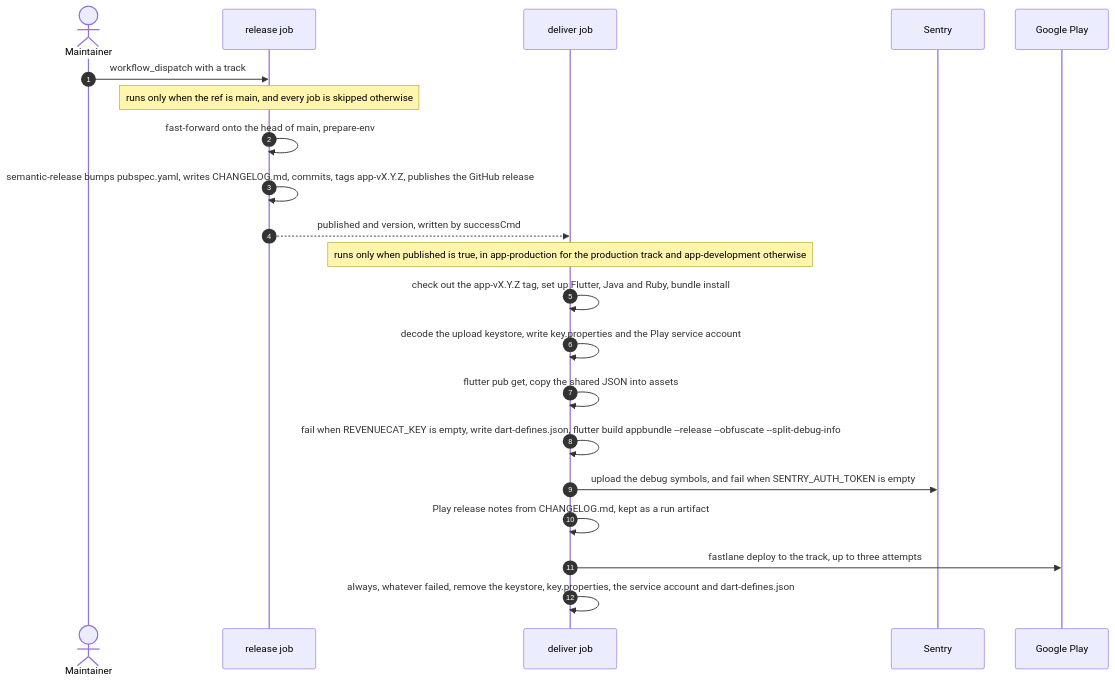
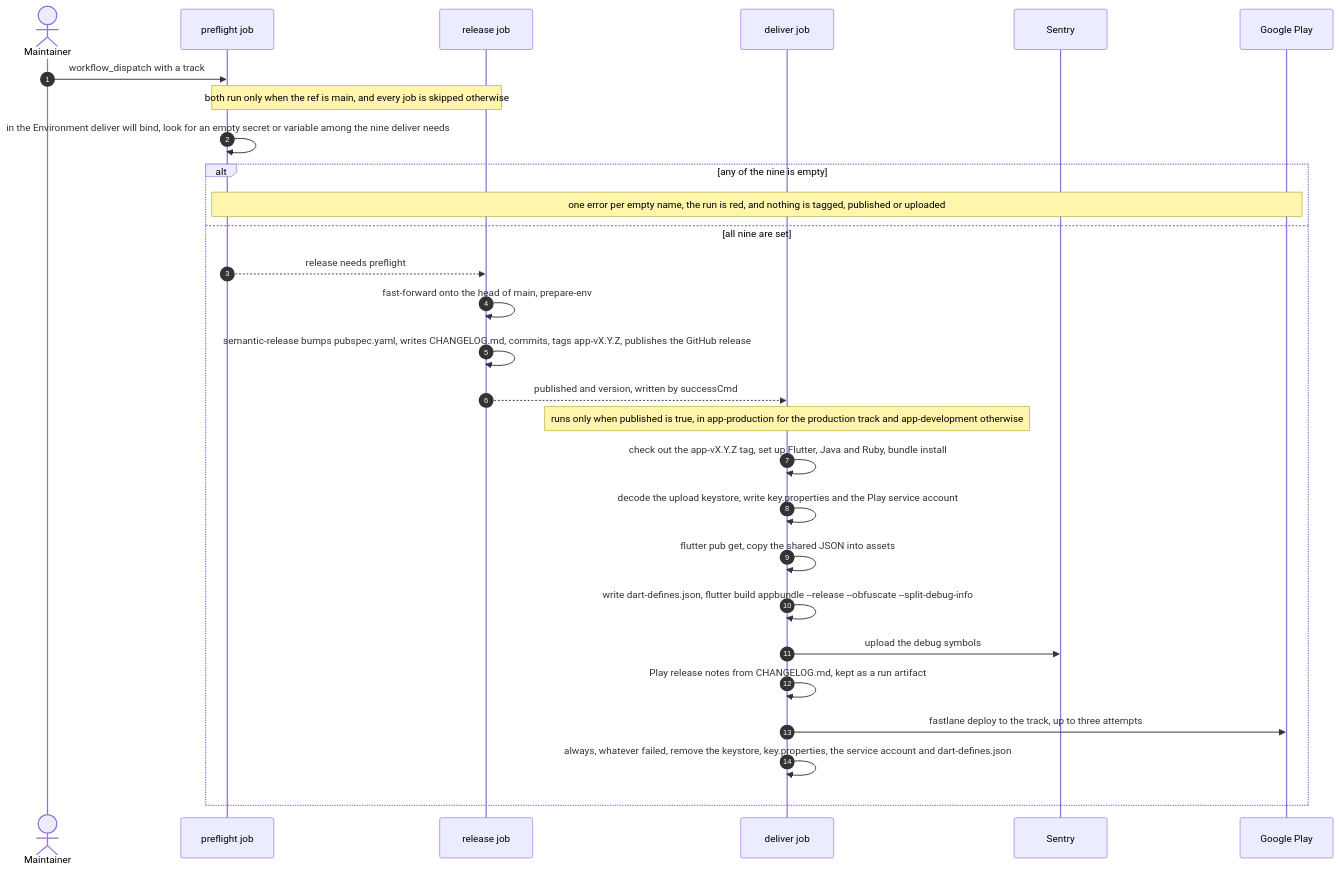
One commit to fbuireu/contribKit changed the third of 4 diagrams in docs/wiki/CI-CD.md. Above: the diagram before and after it, drawn with Mermaid. The commit also changed other lines of this file and 4 other files, not shown here.

````diff
--- a/docs/wiki/CI-CD.md
+++ b/docs/wiki/CI-CD.md
@@ -238,28 +238,35 @@
 ```mermaid
 ---
 config:
   look: handDrawn
   layout: dagre
 ---
 sequenceDiagram
     autonumber
     actor Maintainer
+    participant Preflight as preflight job
     participant Release as release job
     participant Deliver as deliver job
     participant Sentry
     participant Play as Google Play
-    Maintainer->>Release: workflow_dispatch with a track
-    Note over Release: runs only when the ref is main, and every job is skipped otherwise
-    Release->>Release: fast-forward onto the head of main, prepare-env
-    Release->>Release: semantic-release bumps pubspec.yaml, writes CHANGELOG.md, commits, tags app-vX.Y.Z, publishes the GitHub release
-    Release-->>Deliver: published and version, written by successCmd
-    Note over Deliver: runs only when published is true, in app-production for the production track and app-development otherwise
-    Deliver->>Deliver: check out the app-vX.Y.Z tag, set up Flutter, Java and Ruby, bundle install
-    Deliver->>Deliver: decode the upload keystore, write key.properties and the Play service account
-    Deliver->>Deliver: flutter pub get, copy the shared JSON into assets
-    Deliver->>Deliver: fail when REVENUECAT_KEY is empty, write dart-defines.json, flutter build appbundle --release --obfuscate --split-debug-info
-    Deliver->>Sentry: upload the debug symbols, and fail when SENTRY_AUTH_TOKEN is empty
-    Deliver->>Deliver: Play release notes from CHANGELOG.md, kept as a run artifact
-    Deliver->>Play: fastlane deploy to the track, up to three attempts
-    Deliver->>Deliver: always, whatever failed, remove the keystore, key.properties, the service account and dart-defines.json
+    Maintainer->>Preflight: workflow_dispatch with a track
+    Note over Preflight,Release: both run only when the ref is main, and every job is skipped otherwise
+    Preflight->>Preflight: in the Environment deliver will bind, look for an empty secret or variable among the nine deliver needs
+    alt any of the nine is empty
+        Note over Preflight,Play: one error per empty name, the run is red, and nothing is tagged, published or uploaded
+    else all nine are set
+        Preflight-->>Release: release needs preflight
+        Release->>Release: fast-forward onto the head of main, prepare-env
+        Release->>Release: semantic-release bumps pubspec.yaml, writes CHANGELOG.md, commits, tags app-vX.Y.Z, publishes the GitHub release
+        Release-->>Deliver: published and version, written by successCmd
+        Note over Deliver: runs only when published is true, in app-production for the production track and app-development otherwise
+        Deliver->>Deliver: check out the app-vX.Y.Z tag, set up Flutter, Java and Ruby, bundle install
+        Deliver->>Deliver: decode the upload keystore, write key.properties and the Play service account
+        Deliver->>Deliver: flutter pub get, copy the shared JSON into assets
+        Deliver->>Deliver: write dart-defines.json, flutter build appbundle --release --obfuscate --split-debug-info
+        Deliver->>Sentry: upload the debug symbols
+        Deliver->>Deliver: Play release notes from CHANGELOG.md, kept as a run artifact
+        Deliver->>Play: fastlane deploy to the track, up to three attempts
+        Deliver->>Deliver: always, whatever failed, remove the keystore, key.properties, the service account and dart-defines.json
+    end
 ```
````
